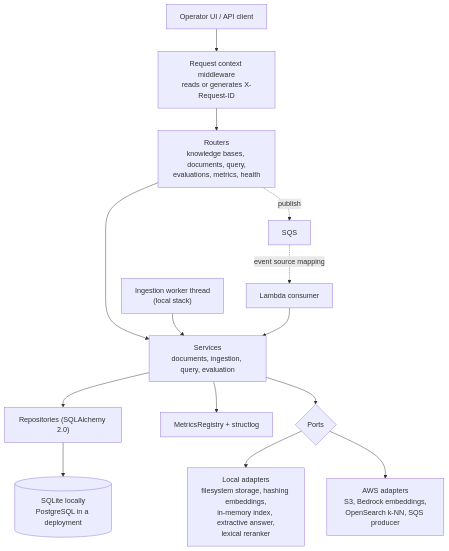
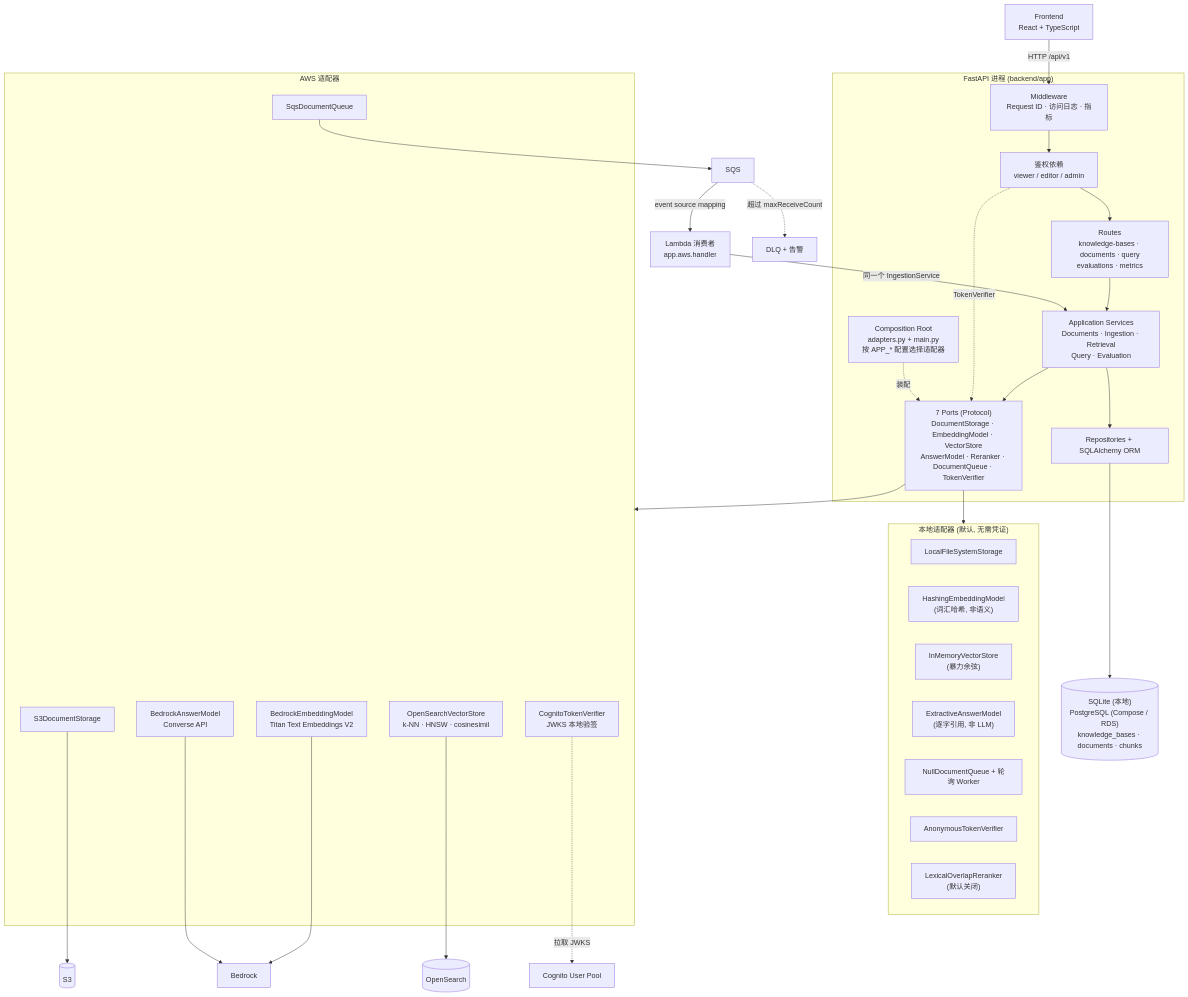
The first of 7 diagrams in README.md (Toy-Chang/Aws-Enterprise-Rag-Platform), drawn with Mermaid before and after one commit. The commit also changed other lines of this file, not shown here.

````diff
--- a/README.md
+++ b/README.md
@@ -120,14 +64,48 @@
 ```mermaid
-flowchart TD
-    Client["Operator UI / API client"] --> MW["Request context middleware<br/>reads or generates X-Request-ID"]
-    MW --> Routes["Routers<br/>knowledge bases, documents, query,<br/>evaluations, metrics, health"]
-    Routes --> Services["Services<br/>documents, ingestion, query, evaluation"]
-    Services --> Repos["Repositories (SQLAlchemy 2.0)"]
-    Repos --> DB[("SQLite locally<br/>PostgreSQL in a deployment")]
-    Services --> Metrics["MetricsRegistry + structlog"]
-    Services --> Ports{"Ports"}
-    Ports --> Local["Local adapters<br/>filesystem storage, hashing embeddings,<br/>in-memory index, extractive answer,<br/>lexical reranker"]
-    Ports --> AWS["AWS adapters<br/>S3, Bedrock embeddings,<br/>OpenSearch k-NN, SQS producer"]
-    Worker["Ingestion worker thread<br/>(local stack)"] --> Services
-    Routes -. "publish" .-> Queue["SQS"] -. "event source mapping" .-> Lambda["Lambda consumer"] --> Services
+flowchart TB
+    UI["Frontend<br/>React + TypeScript"] -->|"HTTP /api/v1"| MW
+
+    subgraph API["FastAPI 进程 (backend/app)"]
+        MW["Middleware<br/>Request ID · 访问日志 · 指标"] --> AUTHZ["鉴权依赖<br/>viewer / editor / admin"]
+        AUTHZ --> ROUTES["Routes<br/>knowledge-bases · documents · query<br/>evaluations · metrics"]
+        ROUTES --> SVC["Application Services<br/>Documents · Ingestion · Retrieval<br/>Query · Evaluation"]
+        SVC --> REPO["Repositories + SQLAlchemy ORM"]
+        SVC --> PORTS["7 Ports (Protocol)<br/>DocumentStorage · EmbeddingModel · VectorStore<br/>AnswerModel · Reranker · DocumentQueue · TokenVerifier"]
+        AUTHZ -. "TokenVerifier" .-> PORTS
+        ROOT["Composition Root<br/>adapters.py + main.py<br/>按 APP_* 配置选择适配器"] -. "装配" .-> PORTS
+    end
+
+    REPO --> DB[("SQLite (本地)<br/>PostgreSQL (Compose / RDS)<br/>knowledge_bases · documents · chunks")]
+
+    PORTS --> LOCAL
+    PORTS --> AWS
+
+    subgraph LOCAL["本地适配器 (默认, 无需凭证)"]
+        L1["LocalFileSystemStorage"]
+        L2["HashingEmbeddingModel<br/>(词汇哈希, 非语义)"]
+        L3["InMemoryVectorStore<br/>(暴力余弦)"]
+        L4["ExtractiveAnswerModel<br/>(逐字引用, 非 LLM)"]
+        L5["NullDocumentQueue + 轮询 Worker"]
+        L6["AnonymousTokenVerifier"]
+        L7["LexicalOverlapReranker<br/>(默认关闭)"]
+    end
+
+    subgraph AWS["AWS 适配器"]
+        A1["S3DocumentStorage"]
+        A2["BedrockEmbeddingModel<br/>Titan Text Embeddings V2"]
+        A3["OpenSearchVectorStore<br/>k-NN · HNSW · cosinesimil"]
+        A4["BedrockAnswerModel<br/>Converse API"]
+        A5["SqsDocumentQueue"]
+        A6["CognitoTokenVerifier<br/>JWKS 本地验签"]
+    end
+
+    A1 --> S3[("S3")]
+    A2 --> BR["Bedrock"]
+    A4 --> BR
+    A3 --> OS[("OpenSearch")]
+    A5 --> SQS["SQS"]
+    SQS -->|"event source mapping"| LAM["Lambda 消费者<br/>app.aws.handler"]
+    SQS -. "超过 maxReceiveCount" .-> DLQ["DLQ + 告警"]
+    LAM -->|"同一个 IngestionService"| SVC
+    A6 -. "拉取 JWKS" .-> COG["Cognito User Pool"]
 ```
````
